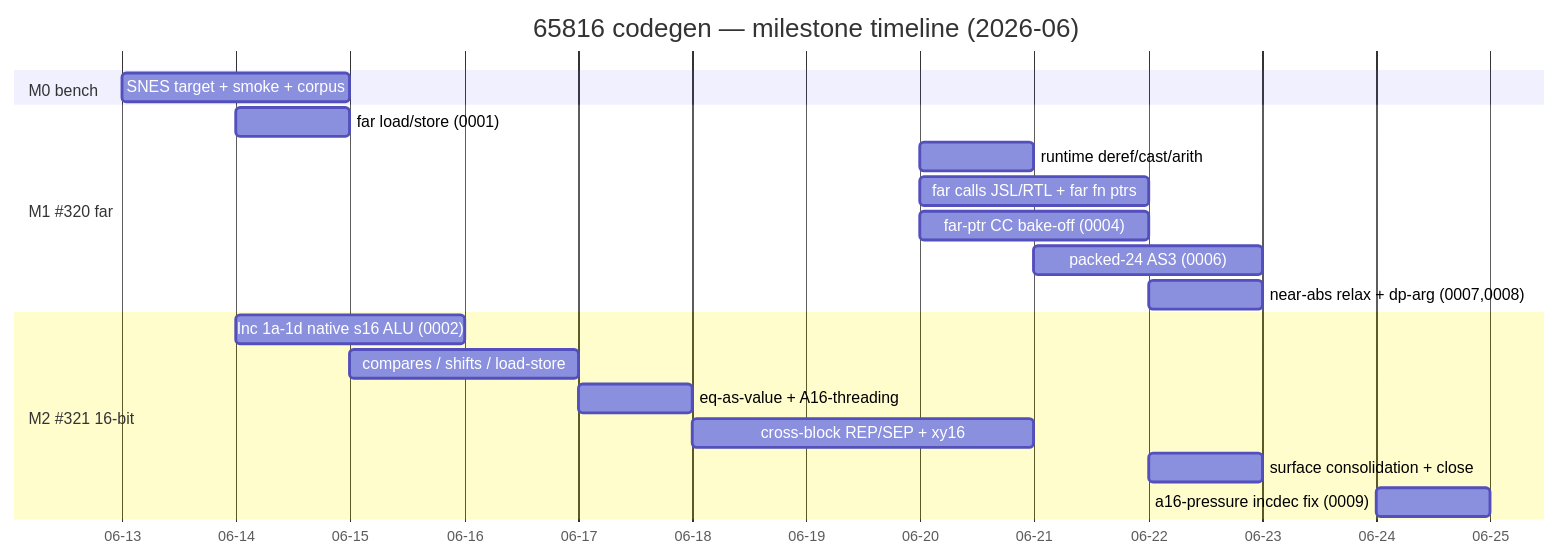
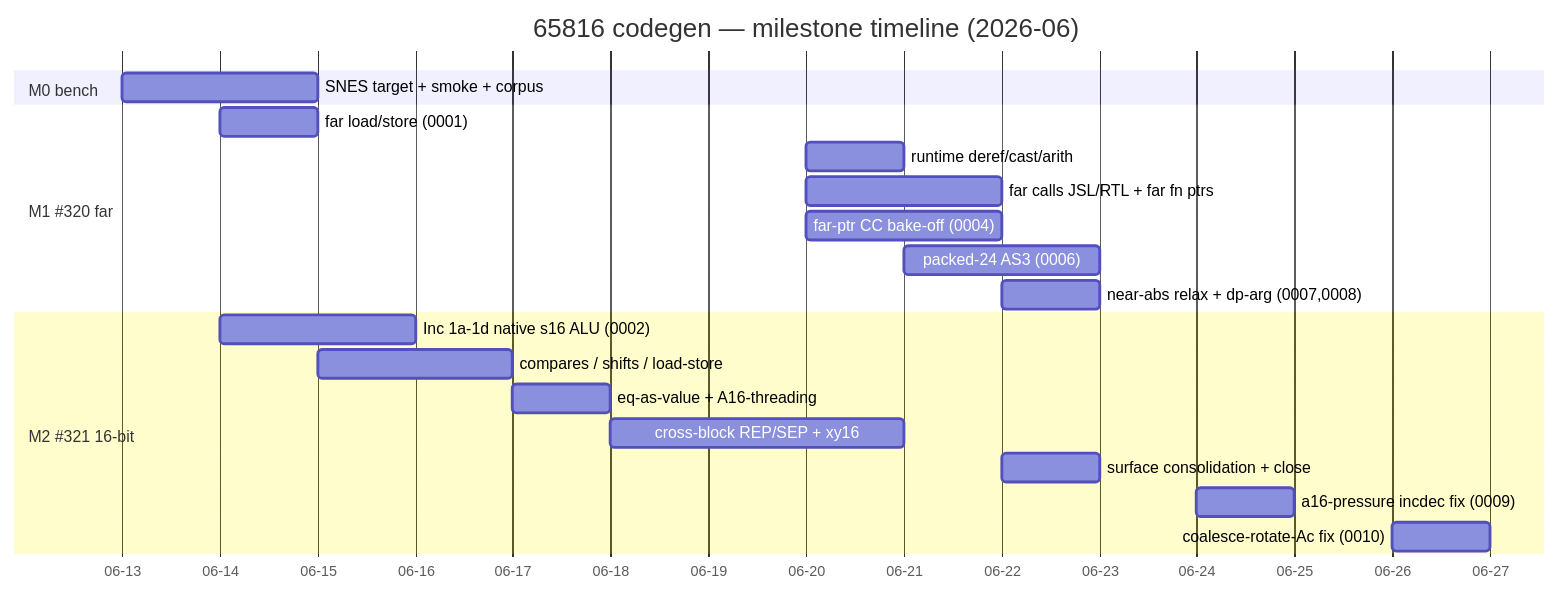
One commit to wbniv/llvm-mos-65816 changed the fourth of 5 diagrams in docs/65816-patch-series-review-guide.md. Above: the diagram before and after it, drawn with Mermaid. The commit also changed other lines of this file, not shown here.

````diff
--- a/docs/65816-patch-series-review-guide.md
+++ b/docs/65816-patch-series-review-guide.md
@@ -237,25 +246,26 @@
 ```mermaid
 gantt
     title 65816 codegen — milestone timeline (2026-06)
     dateFormat YYYY-MM-DD
     axisFormat %m-%d
 
     section M0 bench
     SNES target + smoke + corpus        :m0, 2026-06-13, 2d
 
     section M1 #320 far
     far load/store (0001)               :2026-06-14, 1d
     runtime deref/cast/arith            :2026-06-20, 1d
     far calls JSL/RTL + far fn ptrs     :2026-06-20, 2d
     far-ptr CC bake-off (0004)          :2026-06-20, 2d
     packed-24 AS3 (0006)                :2026-06-21, 2d
     near-abs relax + dp-arg (0007,0008) :2026-06-22, 1d
 
     section M2 #321 16-bit
     Inc 1a-1d native s16 ALU (0002)     :2026-06-14, 2d
     compares / shifts / load-store      :2026-06-15, 2d
     eq-as-value + A16-threading         :2026-06-17, 1d
     cross-block REP/SEP + xy16          :2026-06-18, 3d
     surface consolidation + close       :2026-06-22, 1d
     a16-pressure incdec fix (0009)      :2026-06-24, 1d
+    coalesce-rotate-Ac fix (0010)       :2026-06-26, 1d
 ```
````
